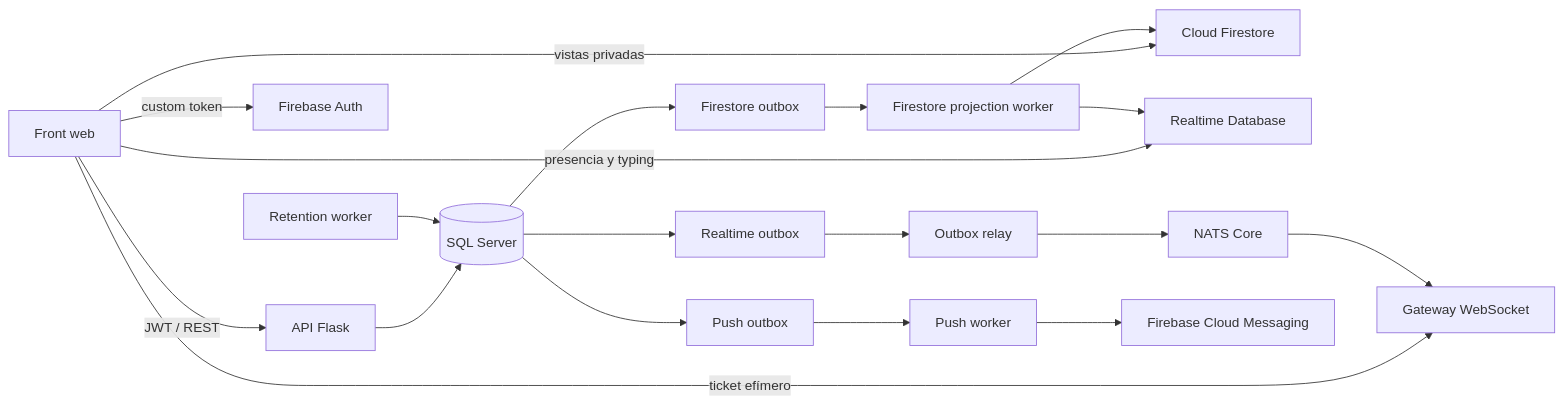
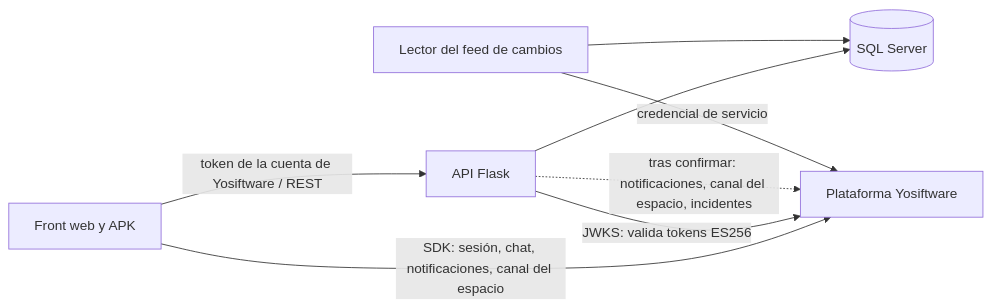
The diagram in docs/backend/ARQUITECTURA.md (yosi90/libros-front), drawn with Mermaid before and after one commit. The commit also changed other lines of this file and 53 other files, not shown here.

````diff
--- a/docs/backend/ARQUITECTURA.md
+++ b/docs/backend/ARQUITECTURA.md
@@ -5,22 +5,11 @@
 ```mermaid
 flowchart LR
-    Front[Front web] -->|JWT / REST| API[API Flask]
-    Front -->|ticket efímero| WS[Gateway WebSocket]
-    Front -->|custom token| Firebase[Firebase Auth]
-    Front -->|vistas privadas| Firestore[Cloud Firestore]
-    Front -->|presencia y typing| RTDB[Realtime Database]
+    Front[Front web y APK] -->|token de la cuenta de Yosiftware / REST| API[API Flask]
+    Front -->|SDK: sesión, chat, notificaciones, canal del espacio| Plataforma[Plataforma Yosiftware]
 
     API --> SQL[(SQL Server)]
-    SQL --> RO[Realtime outbox]
-    SQL --> FO[Firestore outbox]
-    SQL --> PO[Push outbox]
-    RO --> Relay[Outbox relay]
-    Relay --> NATS[NATS Core]
-    NATS --> WS
-    FO --> Projection[Firestore projection worker]
-    Projection --> Firestore
-    Projection --> RTDB
-    PO --> Push[Push worker]
-    Push --> FCM[Firebase Cloud Messaging]
-    Retention[Retention worker] --> SQL
+    API -->|JWKS: valida tokens ES256| Plataforma
+    API -.->|tras confirmar: notificaciones, canal del espacio, incidentes| Plataforma
+    Feed[Lector del feed de cambios] -->|credencial de servicio| Plataforma
+    Feed --> SQL
 ```
````
